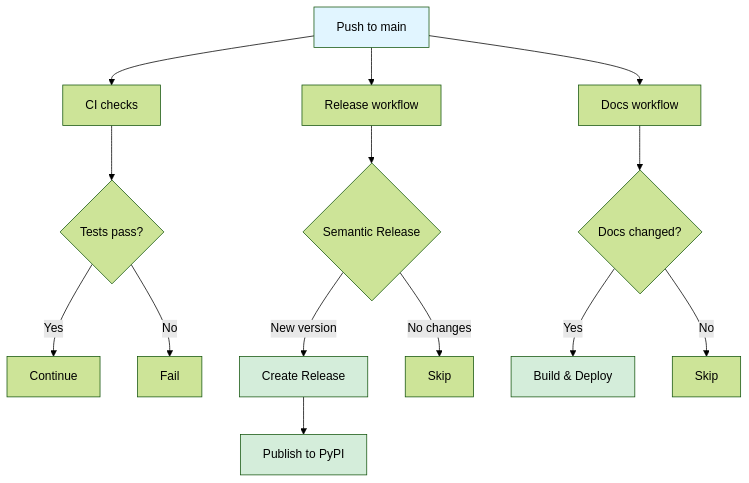
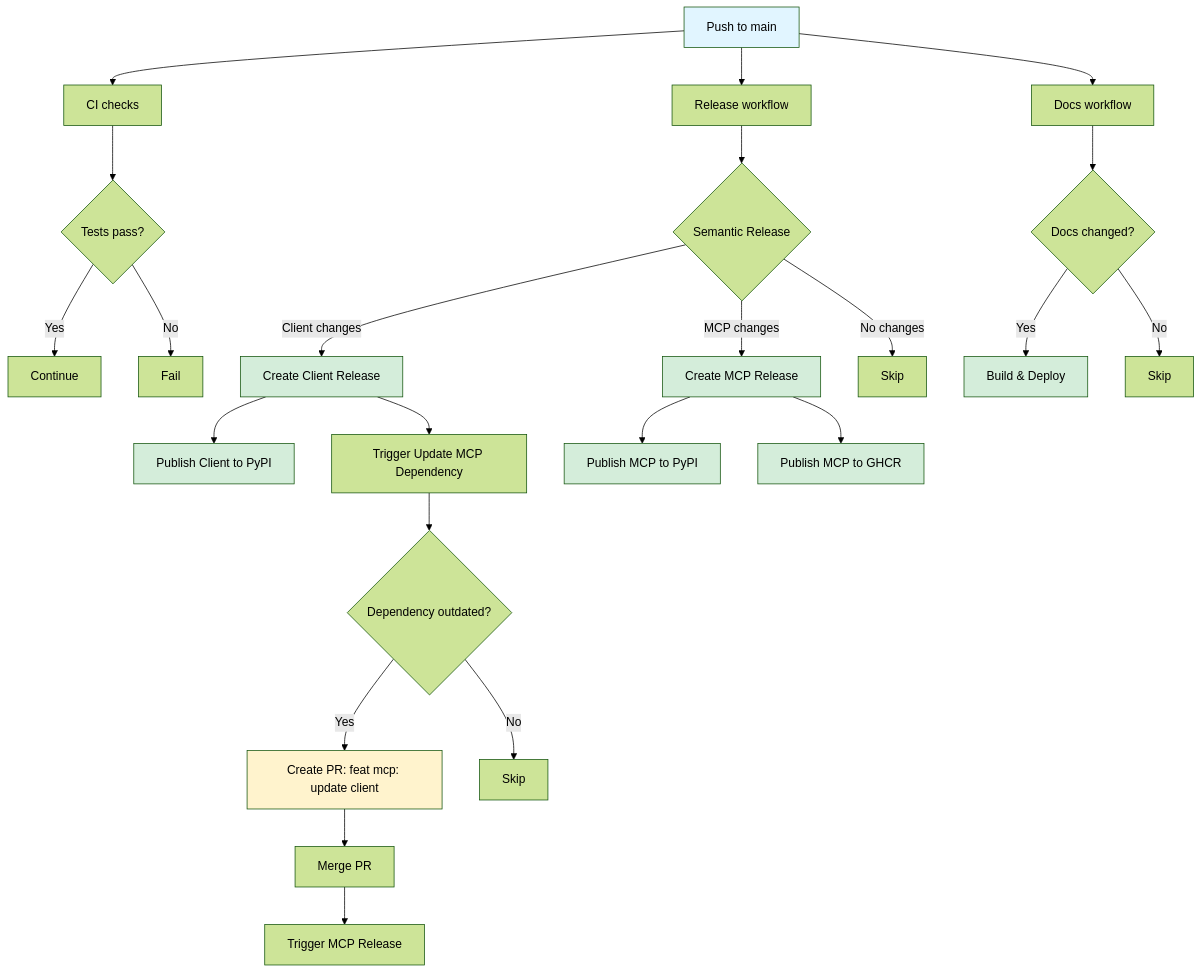
Before and after one commit to dougborg/katana-openapi-client: the diagram in .github/workflows/README.md, drawn with Mermaid (forest theme). The commit also changed other lines of this file, not shown here.

Commit message:
docs: update workflows README with automated dependency management

````diff
--- a/.github/workflows/README.md
+++ b/.github/workflows/README.md
@@ -100,24 +139,41 @@
 ```mermaid
 graph TD
     A[Push to main] --> B[CI checks]
     A --> C[Release workflow]
     A --> D[Docs workflow]
 
     B --> E{Tests pass?}
     E -->|Yes| F[Continue]
     E -->|No| G[Fail]
 
     C --> H{Semantic Release}
-    H -->|New version| I[Create Release]
-    H -->|No changes| J[Skip]
-    I --> K[Publish to PyPI]
+    H -->|Client changes| I[Create Client Release]
+    H -->|MCP changes| J[Create MCP Release]
+    H -->|No changes| K[Skip]
+    
+    I --> L[Publish Client to PyPI]
+    I --> M[Trigger Update MCP Dependency]
+    
+    J --> N[Publish MCP to PyPI]
+    J --> O[Publish MCP to GHCR]
+    
+    M --> P{Dependency outdated?}
+    P -->|Yes| Q[Create PR: feat mcp: update client]
+    P -->|No| R[Skip]
+    
+    Q --> S[Merge PR]
+    S --> T[Trigger MCP Release]
 
-    D --> L{Docs changed?}
-    L -->|Yes| M[Build & Deploy]
-    L -->|No| N[Skip]
+    D --> U{Docs changed?}
+    U -->|Yes| V[Build & Deploy]
+    U -->|No| W[Skip]
 
     style A fill:#e1f5ff
     style I fill:#d4edda
-    style K fill:#d4edda
-    style M fill:#d4edda
+    style J fill:#d4edda
+    style L fill:#d4edda
+    style N fill:#d4edda
+    style O fill:#d4edda
+    style V fill:#d4edda
+    style Q fill:#fff3cd
 ```
````
